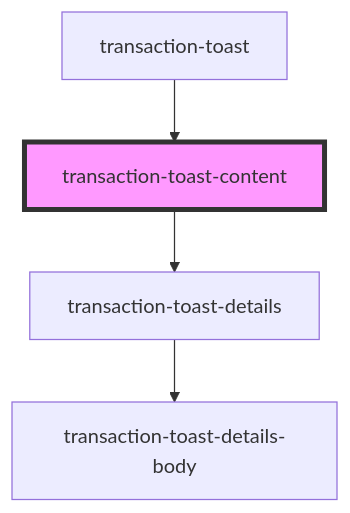
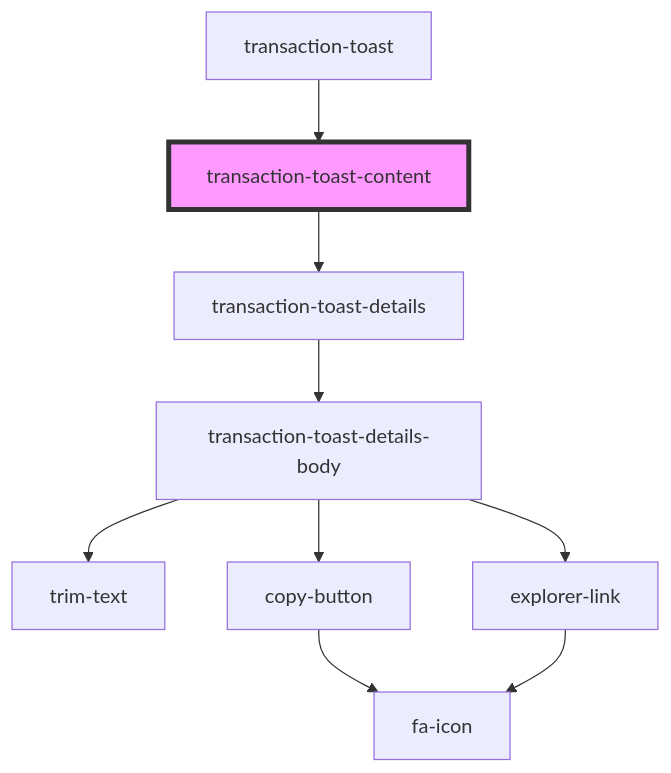
One commit to multiversx/mx-sdk-dapp-ui changed the diagram in src/components/toasts-list/components/transaction-toast/components/transaction-toast-content/readme.md. Above: the diagram before and after it, drawn with Mermaid. The commit also changed 13 other files, not shown here.

Commit message:
Added copy, trim and explorer link on toasts

````diff
--- a/src/components/toasts-list/components/transaction-toast/components/transaction-toast-content/readme.md
+++ b/src/components/toasts-list/components/transaction-toast/components/transaction-toast-content/readme.md
@@ -35,7 +35,12 @@
 ```mermaid
 graph TD;
   transaction-toast-content --> transaction-toast-details
   transaction-toast-details --> transaction-toast-details-body
+  transaction-toast-details-body --> trim-text
+  transaction-toast-details-body --> copy-button
+  transaction-toast-details-body --> explorer-link
+  copy-button --> fa-icon
+  explorer-link --> fa-icon
   transaction-toast --> transaction-toast-content
   style transaction-toast-content fill:#f9f,stroke:#333,stroke-width:4px
 ```
````
